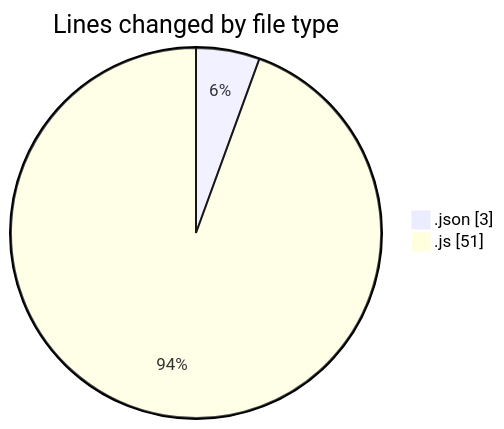
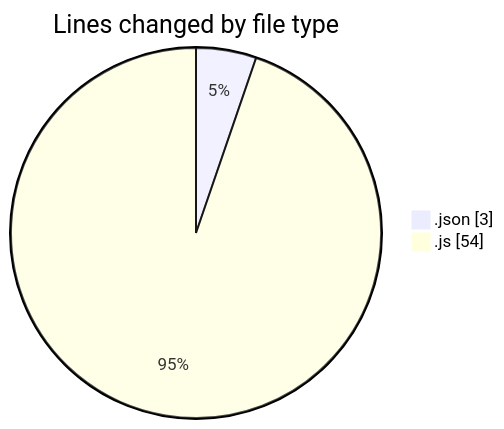
One commit to momahboobian/code-tracking changed the first of 2 diagrams in 2026-01-06/cda/README.md. Above: the diagram before and after it, drawn with Mermaid. The commit also changed other lines of this file and 1 other file, not shown here.

````diff
--- a/2026-01-06/cda/README.md
+++ b/2026-01-06/cda/README.md
@@ -21,6 +21,6 @@
 ```mermaid
 pie showData
 title Lines changed by file type
 ".json" : 3
-".js" : 51
+".js" : 54
 ```
````
